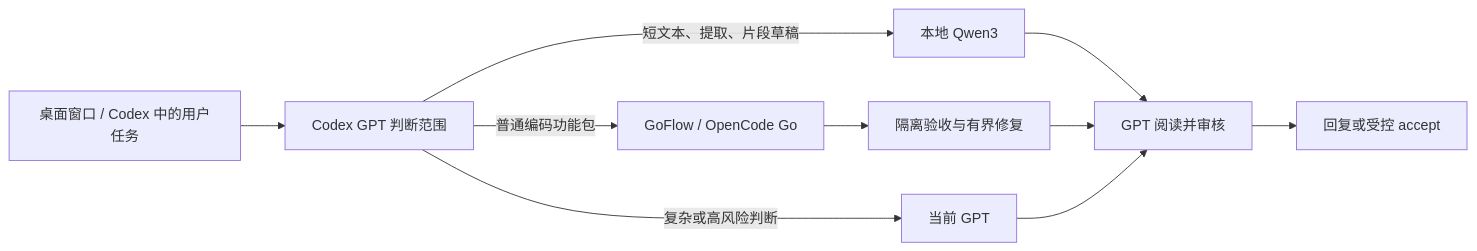
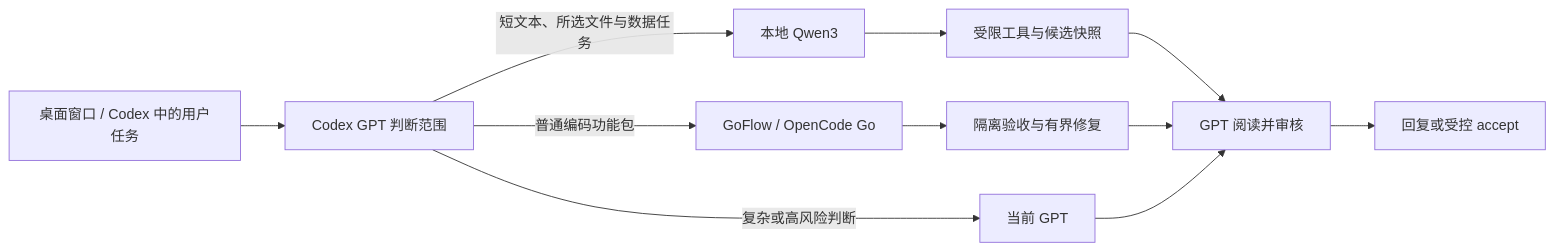
The diagram in README.md (DrEli7/local-ai-goflow), drawn with Mermaid before and after one commit. The commit also changed other lines of this file and 29 other files, not shown here.

````diff
--- a/README.md
+++ b/README.md
@@ -9,12 +9,13 @@
 ```mermaid
 flowchart LR
     U[桌面窗口 / Codex 中的用户任务] --> C[Codex GPT 判断范围]
-    C -->|短文本、提取、片段草稿| L[本地 Qwen3]
+    C -->|短文本、所选文件与数据任务| L[本地 Qwen3]
     C -->|普通编码功能包| G[GoFlow / OpenCode Go]
     C -->|复杂或高风险判断| R[当前 GPT]
-    L --> V[GPT 阅读并审核]
+    L --> S[受限工具与候选快照]
+    S --> V[GPT 阅读并审核]
     G --> T[隔离验收与有界修复]
     T --> V
     V --> A[回复或受控 accept]
     R --> V
 ```
````
